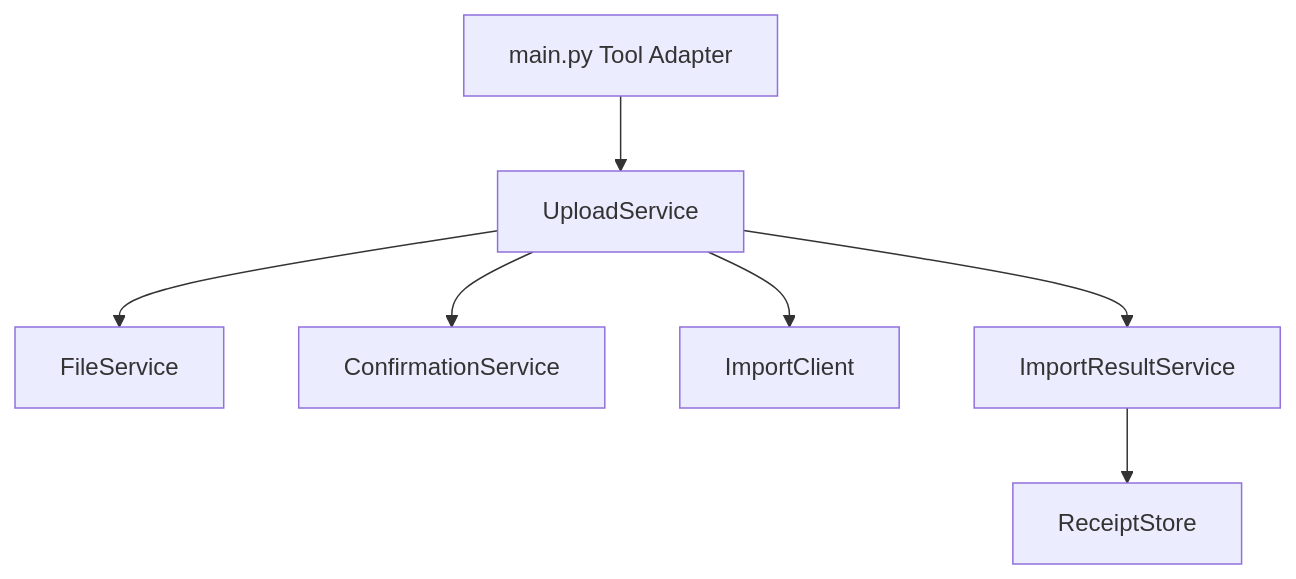
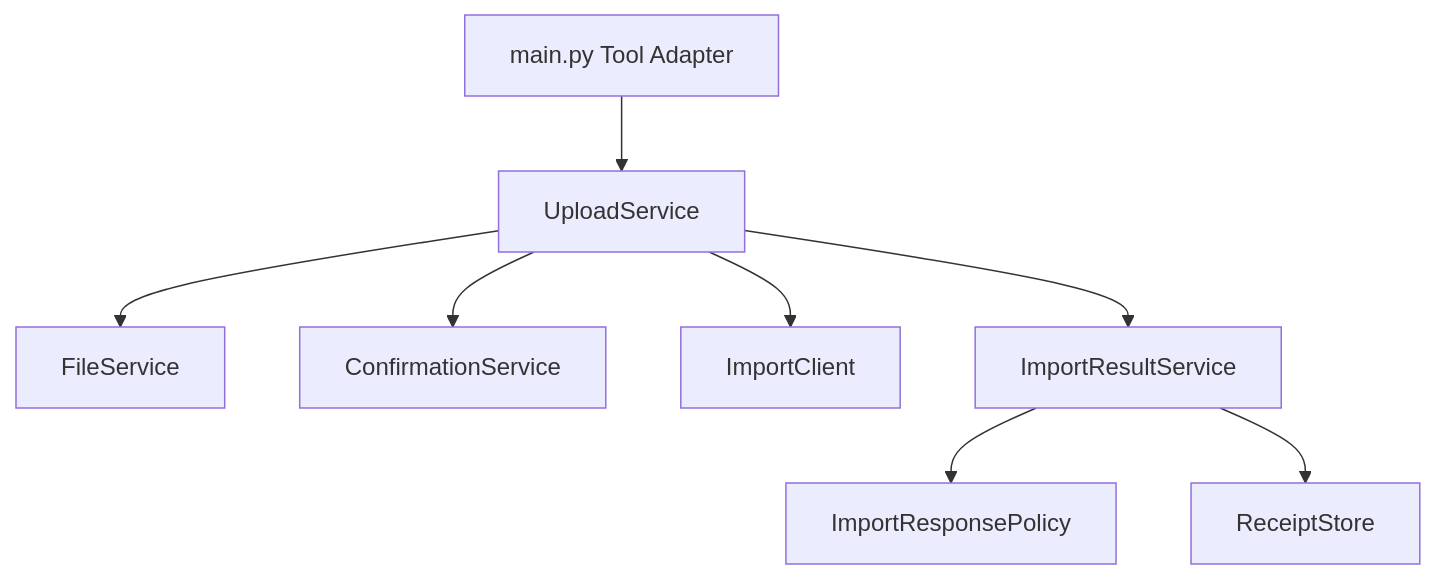
One commit to Ri0n72Y/ContractBotConfig changed the second of 3 diagrams in docs/review/refactor-target.md. Above: the diagram before and after it, drawn with Mermaid. The commit also changed other lines of this file, not shown here.

````diff
--- a/docs/review/refactor-target.md
+++ b/docs/review/refactor-target.md
@@ -67,17 +70,19 @@
 ```mermaid
 flowchart TD
     Main[main.py Tool Adapter]
     UploadService[UploadService]
     Validator[FileService]
     Confirmation[ConfirmationService]
     ImportClient[ImportClient]
+    ResponsePolicy[ImportResponsePolicy]
     ResultService[ImportResultService]
     ReceiptStore[ReceiptStore]
 
     Main --> UploadService
     UploadService --> Validator
     UploadService --> Confirmation
     UploadService --> ImportClient
     UploadService --> ResultService
+    ResultService --> ResponsePolicy
     ResultService --> ReceiptStore
 ```
````
